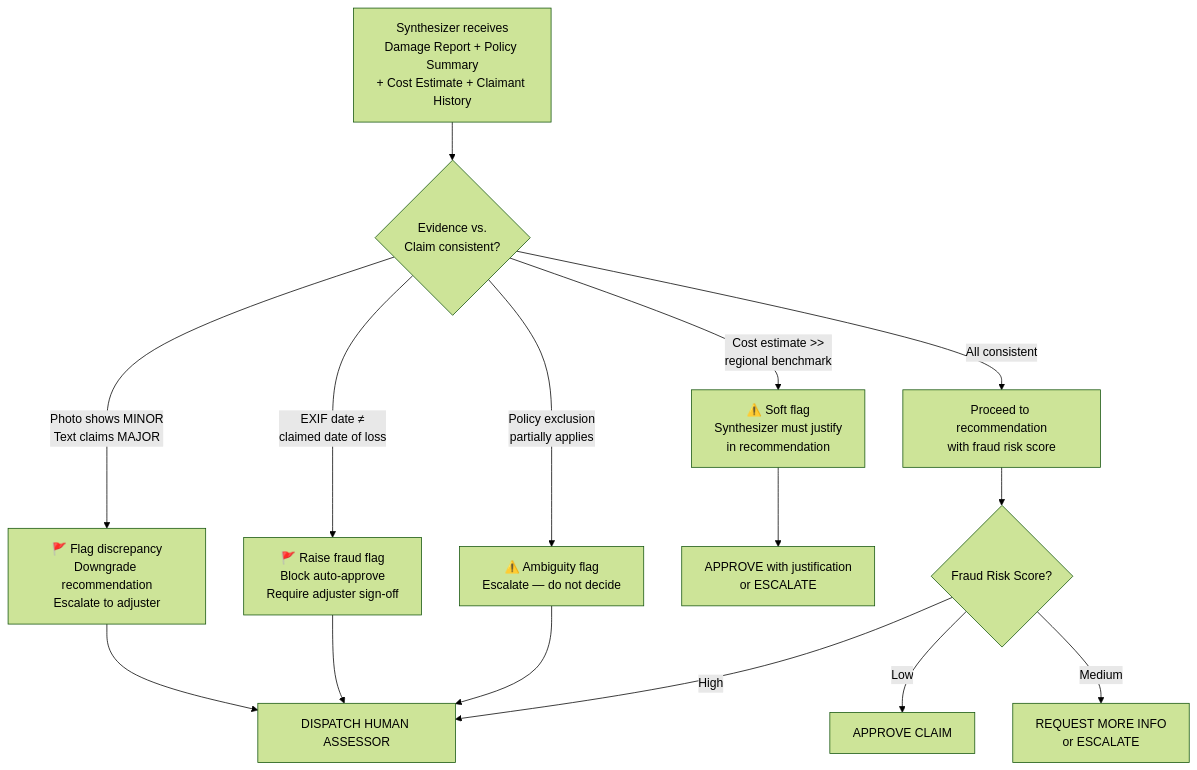
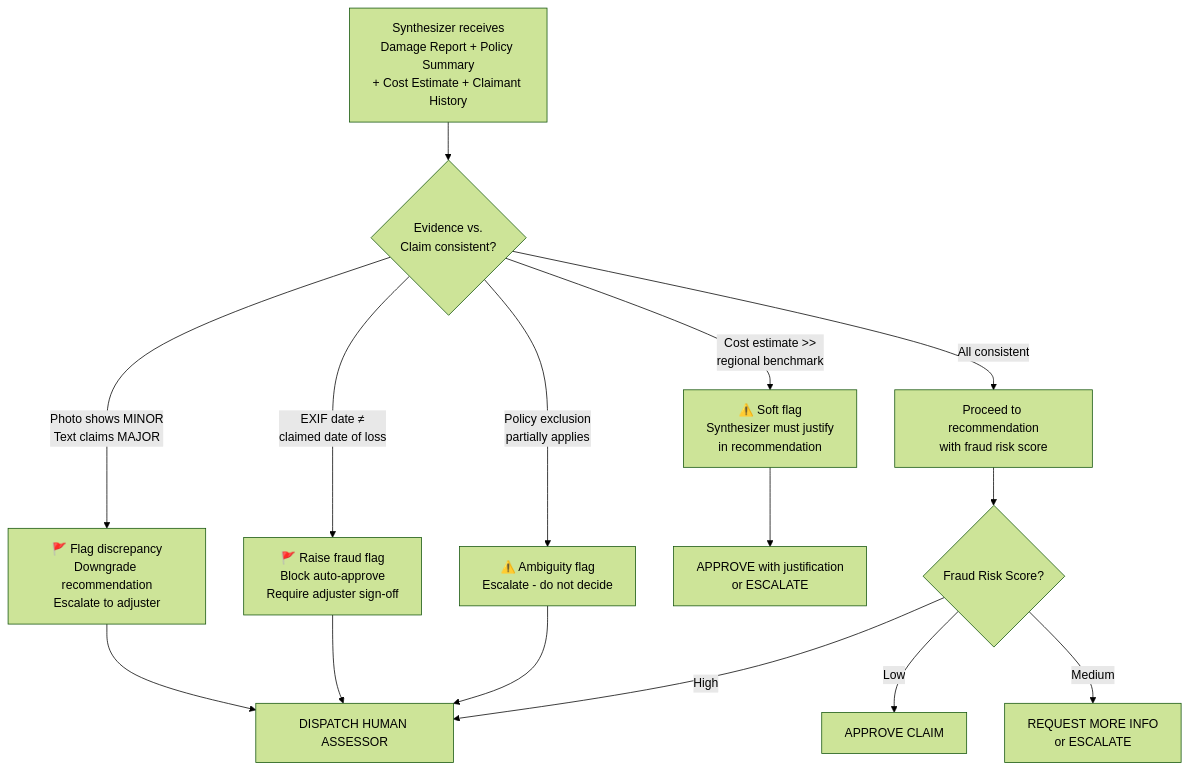
One commit to sundante/sun-course-genai changed the second of 4 diagrams in docs/06-Agentic-AI/SystemDesigns/insurance-claims-processor.md. Above: the diagram before and after it, drawn with Mermaid (forest theme). The commit also changed other lines of this file and 225 other files, not shown here.

````diff
--- a/docs/06-Agentic-AI/SystemDesigns/insurance-claims-processor.md
+++ b/docs/06-Agentic-AI/SystemDesigns/insurance-claims-processor.md
@@ -286,21 +286,21 @@
 ```mermaid
 flowchart TD
     A[Synthesizer receives\nDamage Report + Policy Summary\n+ Cost Estimate + Claimant History]
 
     A --> B{Evidence vs.\nClaim consistent?}
 
     B -->|Photo shows MINOR\nText claims MAJOR| C[🚩 Flag discrepancy\nDowngrade recommendation\nEscalate to adjuster]
     B -->|EXIF date ≠\nclaimed date of loss| D[🚩 Raise fraud flag\nBlock auto-approve\nRequire adjuster sign-off]
     B -->|Cost estimate >>\nregional benchmark| E[⚠️ Soft flag\nSynthesizer must justify\nin recommendation]
-    B -->|Policy exclusion\npartially applies| F[⚠️ Ambiguity flag\nEscalate — do not decide]
+    B -->|Policy exclusion\npartially applies| F[⚠️ Ambiguity flag\nEscalate - do not decide]
     B -->|All consistent| G[Proceed to recommendation\nwith fraud risk score]
 
     C --> H[DISPATCH HUMAN ASSESSOR]
     D --> H
     E --> I[APPROVE with justification\nor ESCALATE]
     F --> H
     G --> J{Fraud Risk Score?}
     J -->|Low| K[APPROVE CLAIM]
     J -->|Medium| L[REQUEST MORE INFO\nor ESCALATE]
     J -->|High| H
 ```
````
